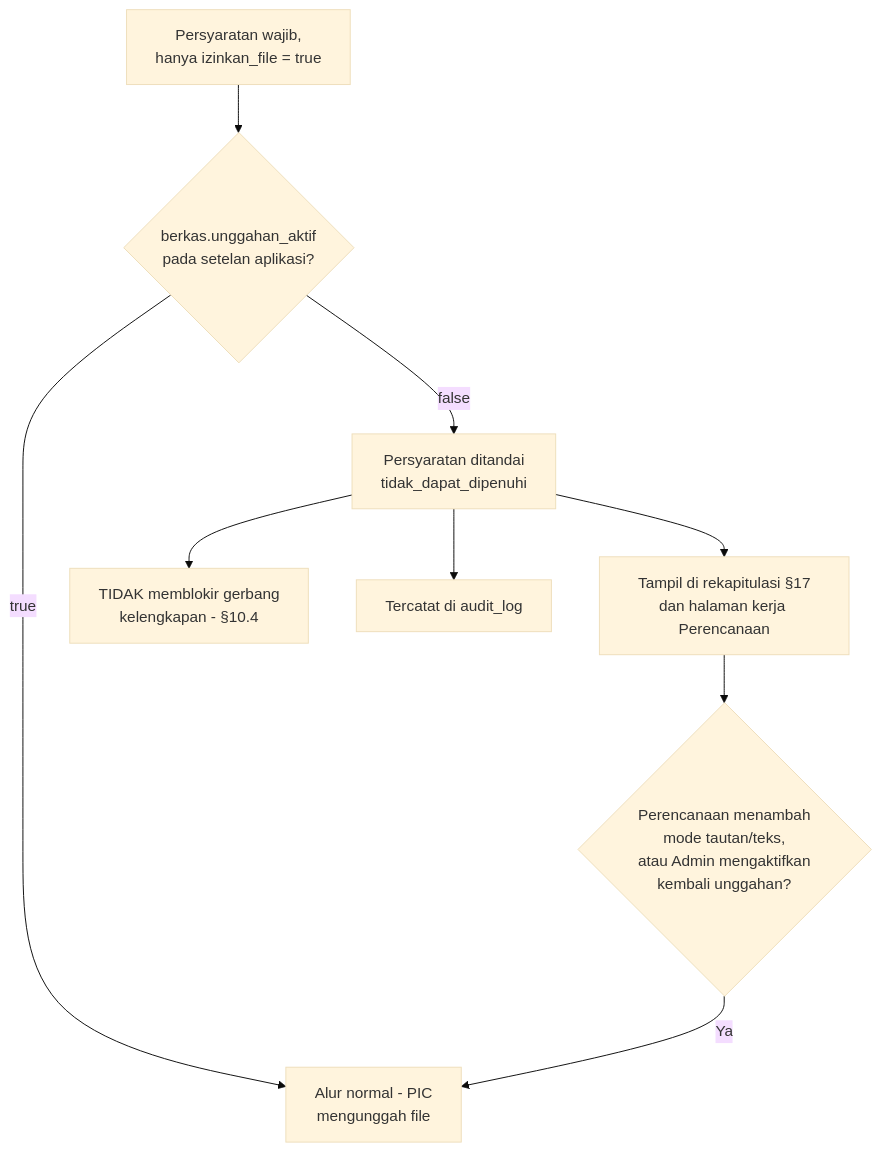
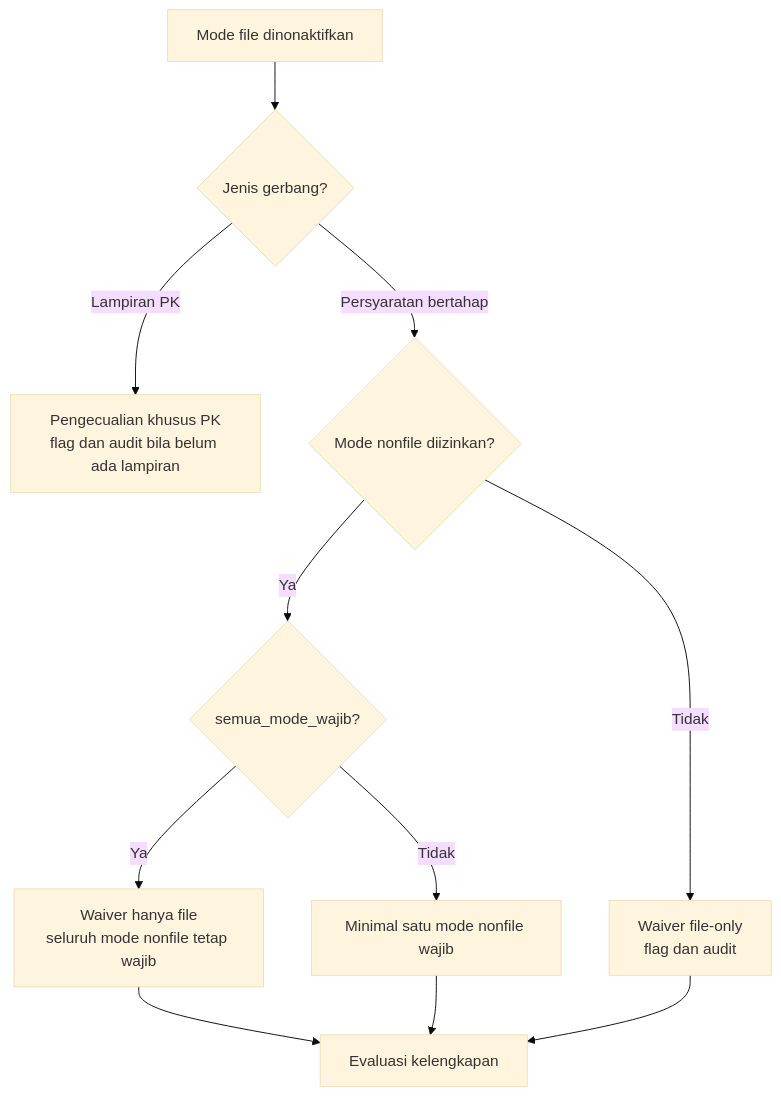
The tenth of 23 diagrams in document/SAKIP - Workflow.md (LLDIKTI-XVI-TEAM/SAKIP), drawn with Mermaid (base theme) before and after one commit. The commit also changed other lines of this file and 4 other files, not shown here.

````diff
--- a/document/SAKIP - Workflow.md
+++ b/document/SAKIP - Workflow.md
@@ -924,11 +948,13 @@
 ```mermaid
 flowchart TD
-    A[Persyaratan wajib,\nhanya izinkan_file = true] --> B{berkas.unggahan_aktif\npada setelan aplikasi?}
-    B -- true --> C[Alur normal - PIC\nmengunggah file]
-    B -- false --> D[Persyaratan ditandai\ntidak_dapat_dipenuhi]
-    D --> E[TIDAK memblokir gerbang\nkelengkapan - §10.4]
-    D --> F[Tercatat di audit_log]
-    D --> G[Tampil di rekapitulasi §17\ndan halaman kerja Perencanaan]
-    G --> H{Perencanaan menambah\nmode tautan/teks,\natau Admin mengaktifkan\nkembali unggahan?}
-    H -- Ya --> C
+    A[Mode file dinonaktifkan] --> B{Jenis gerbang?}
+    B -- Lampiran PK --> C[Pengecualian khusus PK\nflag dan audit bila belum ada lampiran]
+    B -- Persyaratan bertahap --> D{Mode nonfile diizinkan?}
+    D -- Tidak --> E[Waiver file-only\nflag dan audit]
+    D -- Ya --> F{semua_mode_wajib?}
+    F -- Ya --> G[Waiver hanya file\nseluruh mode nonfile tetap wajib]
+    F -- Tidak --> H[Minimal satu mode nonfile wajib]
+    G --> I[Evaluasi kelengkapan]
+    H --> I
+    E --> I
 ```
````
